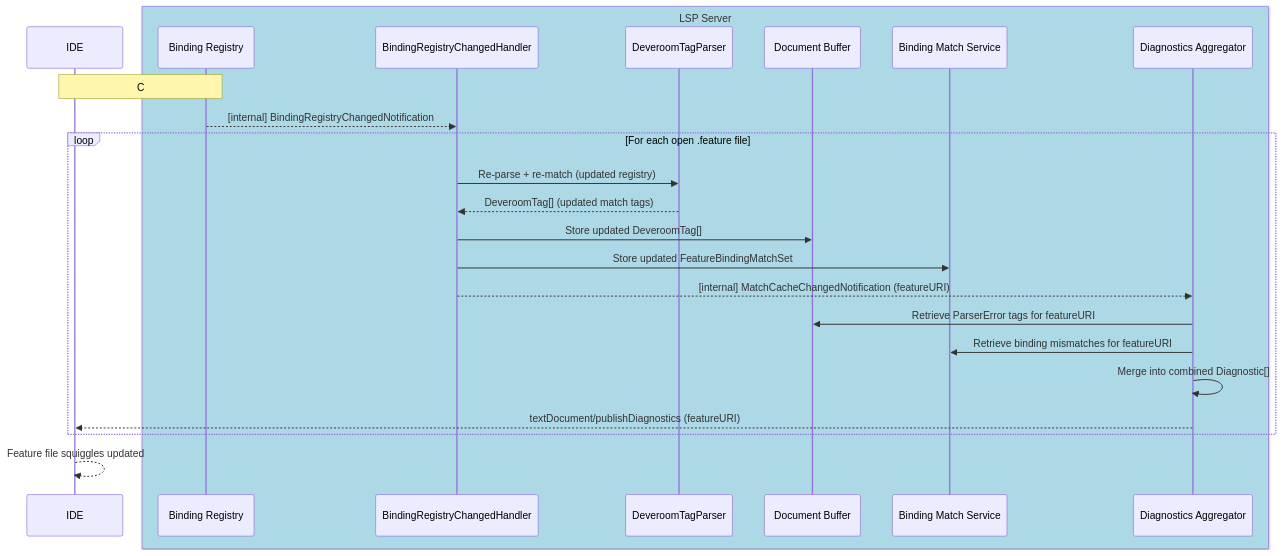
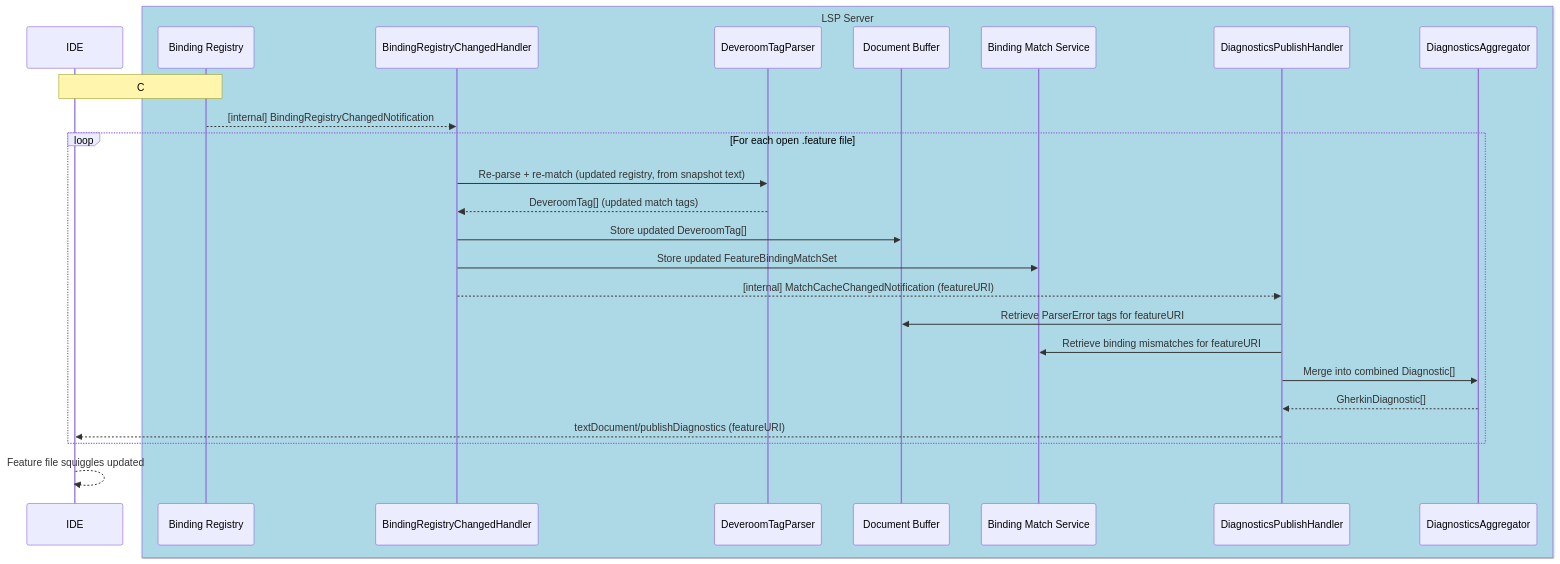
The fourth of 19 diagrams in docs/LSP-IDE-Support-Feature-Designs.md (clrudolphi/Reqnroll.IdeSupport), drawn with Mermaid before and after one commit. The commit also changed other lines of this file and 1 other file, not shown here.

First line of the commit message:
docs: fold as-built notes into direct description in Feature Designs

````diff
--- a/docs/LSP-IDE-Support-Feature-Designs.md
+++ b/docs/LSP-IDE-Support-Feature-Designs.md
@@ -403,28 +394,30 @@
 ```mermaid
 sequenceDiagram
     participant IDE
 
     box LightBlue LSP Server
         participant BR as Binding Registry
         participant BMH as BindingRegistryChangedHandler
         participant DTP as DeveroomTagParser
         participant DB as Document Buffer
         participant BMS as Binding Match Service
-        participant DA as Diagnostics Aggregator
+        participant DPH as DiagnosticsPublishHandler
+        participant DA as DiagnosticsAggregator
     end
 
     Note over IDE,BR: C# file saved or build detected (see F2)
     BR-->>BMH: [internal] BindingRegistryChangedNotification
     loop For each open .feature file
-        BMH->>DTP: Re-parse + re-match (updated registry)
+        BMH->>DTP: Re-parse + re-match (updated registry, from snapshot text)
         DTP-->>BMH: DeveroomTag[] (updated match tags)
         BMH->>DB: Store updated DeveroomTag[]
         BMH->>BMS: Store updated FeatureBindingMatchSet
-        BMH-->>DA: [internal] MatchCacheChangedNotification (featureURI)
-        DA->>DB: Retrieve ParserError tags for featureURI
-        DA->>BMS: Retrieve binding mismatches for featureURI
-        DA->>DA: Merge into combined Diagnostic[]
-        DA-->>IDE: textDocument/publishDiagnostics (featureURI)
+        BMH-->>DPH: [internal] MatchCacheChangedNotification (featureURI)
+        DPH->>DB: Retrieve ParserError tags for featureURI
+        DPH->>BMS: Retrieve binding mismatches for featureURI
+        DPH->>DA: Merge into combined Diagnostic[]
+        DA-->>DPH: GherkinDiagnostic[]
+        DPH-->>IDE: textDocument/publishDiagnostics (featureURI)
     end
     IDE-->>IDE: Feature file squiggles updated
 ```
````
